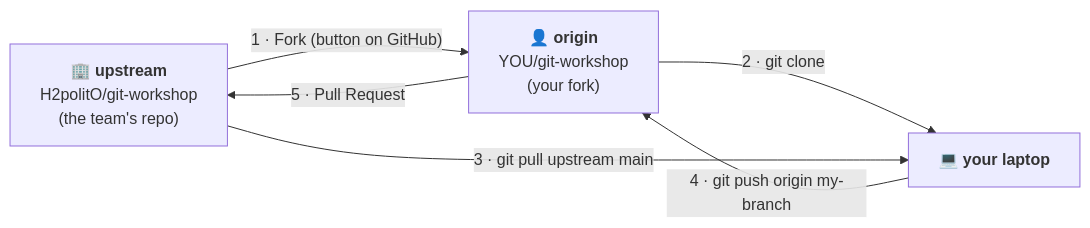
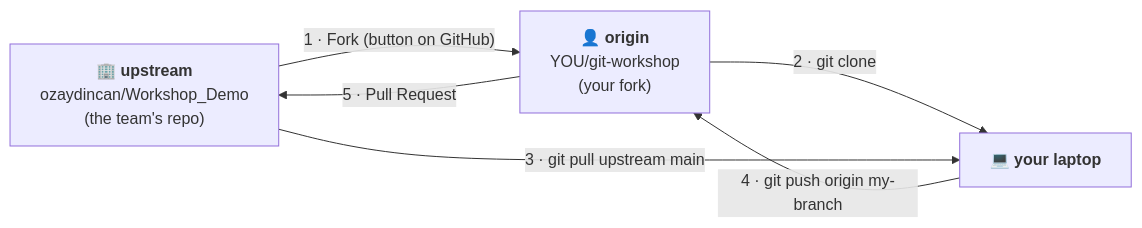
Before and after one commit to KaanKry/Workshop_Demo: the first of 2 diagrams in docs/03-github-workflow.md, drawn with Mermaid. The commit also changed other lines of this file and 5 other files, not shown here.

````diff
--- a/docs/03-github-workflow.md
+++ b/docs/03-github-workflow.md
@@ -5,12 +5,12 @@
 ```mermaid
 flowchart LR
-    U["🏢 <b>upstream</b><br/>H2politO/git-workshop<br/>(the team's repo)"]
+    U["🏢 <b>upstream</b><br/>ozaydincan/Workshop_Demo<br/>(the team's repo)"]
     O["👤 <b>origin</b><br/>YOU/git-workshop<br/>(your fork)"]
     L["💻 <b>your laptop</b>"]
 
     U -- "1 · Fork (button on GitHub)" --> O
     O -- "2 · git clone" --> L
     U -- "3 · git pull upstream main" --> L
     L -- "4 · git push origin my-branch" --> O
     O -- "5 · Pull Request" --> U
 ```
````
